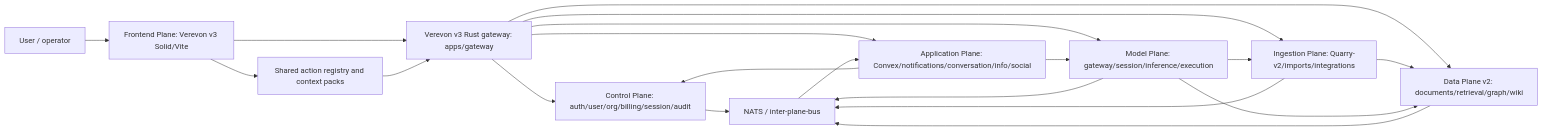
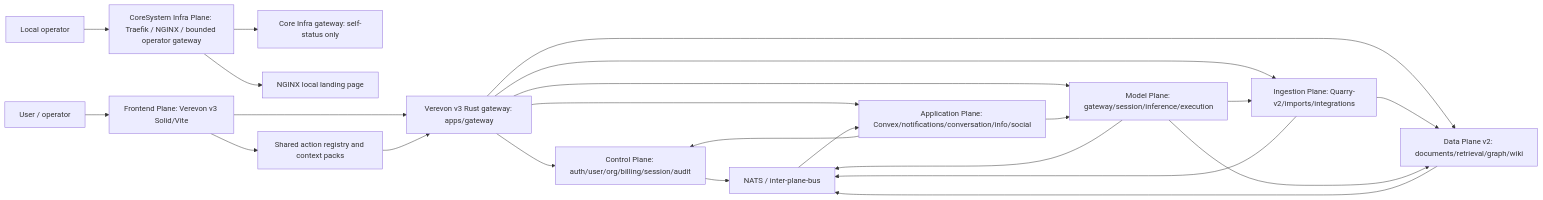
One commit to nisjety/CoreSystems changed the diagram in apps/CODEBASE_INFORMATION_SYSTEM.md. Above: the diagram before and after it, drawn with Mermaid. The commit also changed other lines of this file and 37 other files, not shown here.

````diff
--- a/apps/CODEBASE_INFORMATION_SYSTEM.md
+++ b/apps/CODEBASE_INFORMATION_SYSTEM.md
@@ -76,22 +80,25 @@
 ```mermaid
 flowchart LR
   User["User / operator"] --> Frontend["Frontend Plane: Verevon v3 Solid/Vite"]
+  Operator["Local operator"] --> Infra["CoreSystem Infra Plane: Traefik / NGINX / bounded operator gateway"]
+  Infra --> InfraGateway["Core Infra gateway: self-status only"]
+  Infra --> LocalLanding["NGINX local landing page"]
   Frontend --> Gateway["Verevon v3 Rust gateway: apps/gateway"]
   Frontend --> Actions["Shared action registry and context packs"]
   Gateway --> Control["Control Plane: auth/user/org/billing/session/audit"]
   Gateway --> Ingestion["Ingestion Plane: Quarry-v2/imports/integrations"]
   Gateway --> Data["Data Plane v2: documents/retrieval/graph/wiki"]
   Gateway --> Model["Model Plane: gateway/session/inference/execution"]
   Gateway --> Application["Application Plane: Convex/notifications/conversation/info/social"]
   Actions --> Gateway
   Ingestion --> Data
   Model --> Data
   Model --> Ingestion
   Application --> Control
   Application --> Model
   Control --> Events["NATS / inter-plane-bus"]
   Ingestion --> Events
   Data --> Events
   Model --> Events
   Events --> Application
 ```
````
